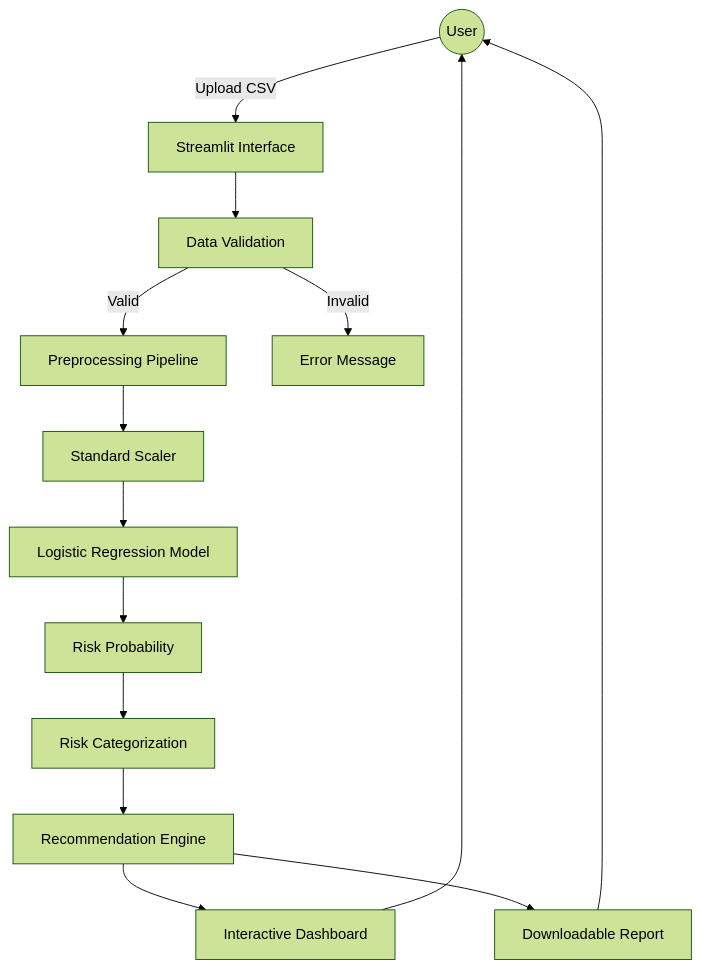
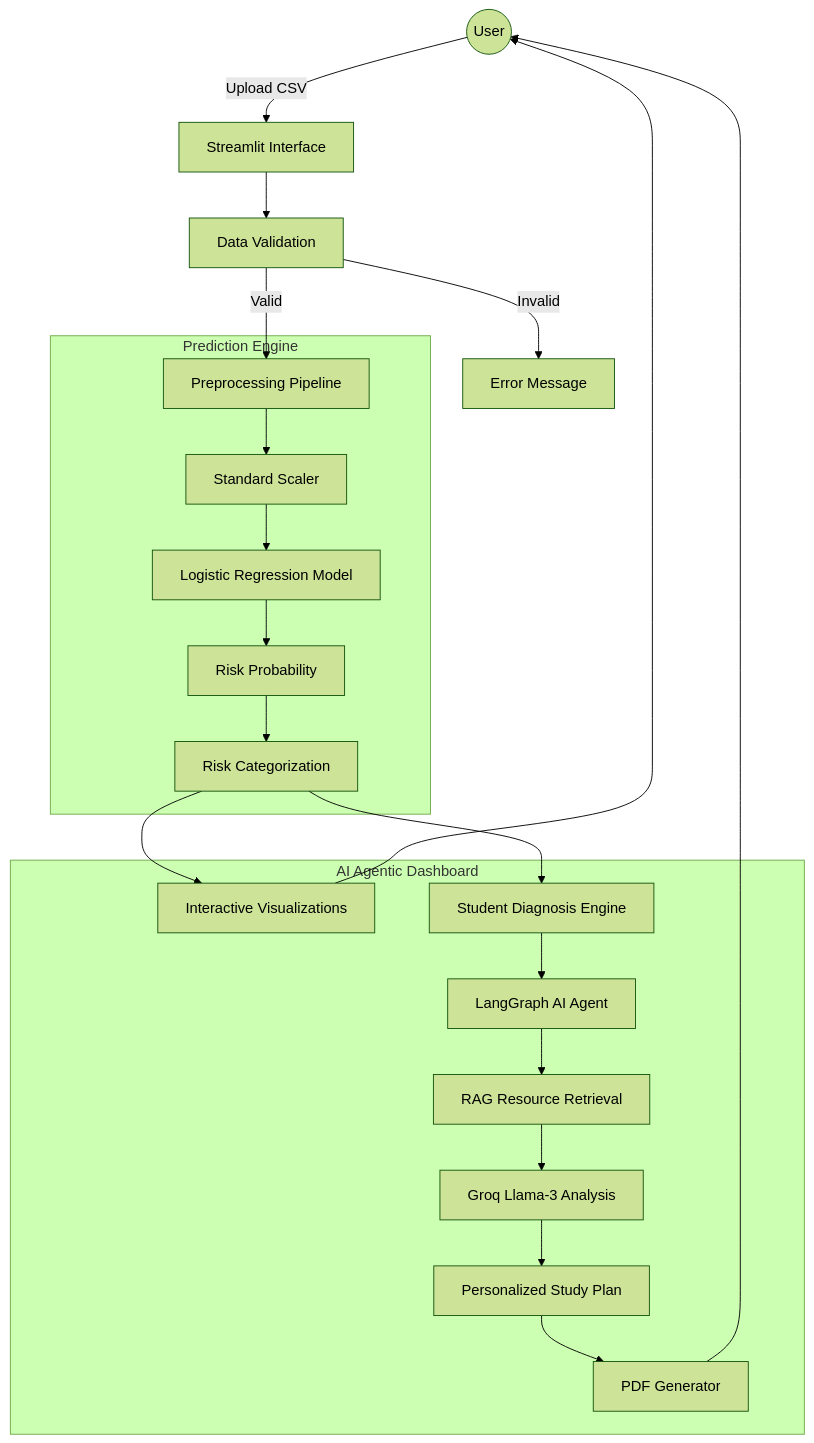
Before and after one commit to shivank-1011/aimlproject: the first of 3 diagrams in README.md, drawn with Mermaid (forest theme). The commit also changed other lines of this file and 1 other file, not shown here.

Commit message:
Update README with new architecture and workflow diagram

````diff
--- a/README.md
+++ b/README.md
@@ -9,16 +11,27 @@
 ```mermaid
 graph TD
     User((User)) -->|Upload CSV| UI[Streamlit Interface]
     UI --> Validator[Data Validation]
     Validator -->|Valid| Preprocessor[Preprocessing Pipeline]
     Validator -->|Invalid| Error[Error Message]
+    
+    subgraph "Prediction Engine"
     Preprocessor --> Scaler[Standard Scaler]
     Scaler --> Model[Logistic Regression Model]
     Model --> Prob[Risk Probability]
     Prob --> Logic[Risk Categorization]
-    Logic --> Engine[Recommendation Engine]
-    Engine --> Dashboard[Interactive Dashboard]
-    Engine --> Report[Downloadable Report]
-    Dashboard --> User
-    Report --> User
+    end
+    
+    subgraph "AI Agentic Dashboard"
+    Logic --> Dash[Interactive Visualizations]
+    Logic --> Diagnostician[Student Diagnosis Engine]
+    Diagnostician --> Agent[LangGraph AI Agent]
+    Agent --> RAG[RAG Resource Retrieval]
+    RAG --> LLM[Groq Llama-3 Analysis]
+    LLM --> Report[Personalized Study Plan]
+    Report --> PDF[PDF Generator]
+    end
+    
+    Dash --> User
+    PDF --> User
 ```
````
